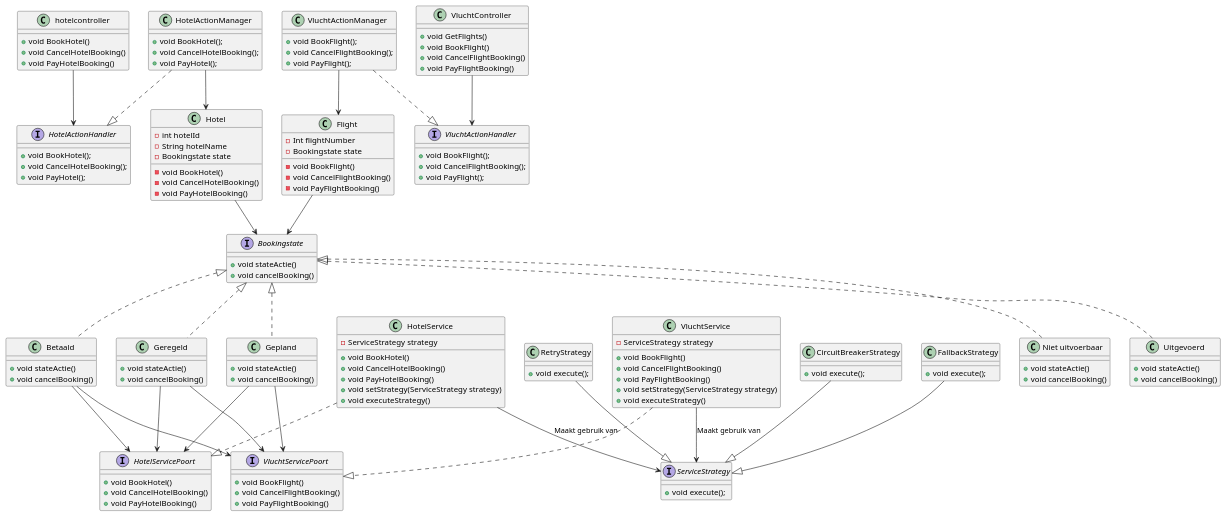
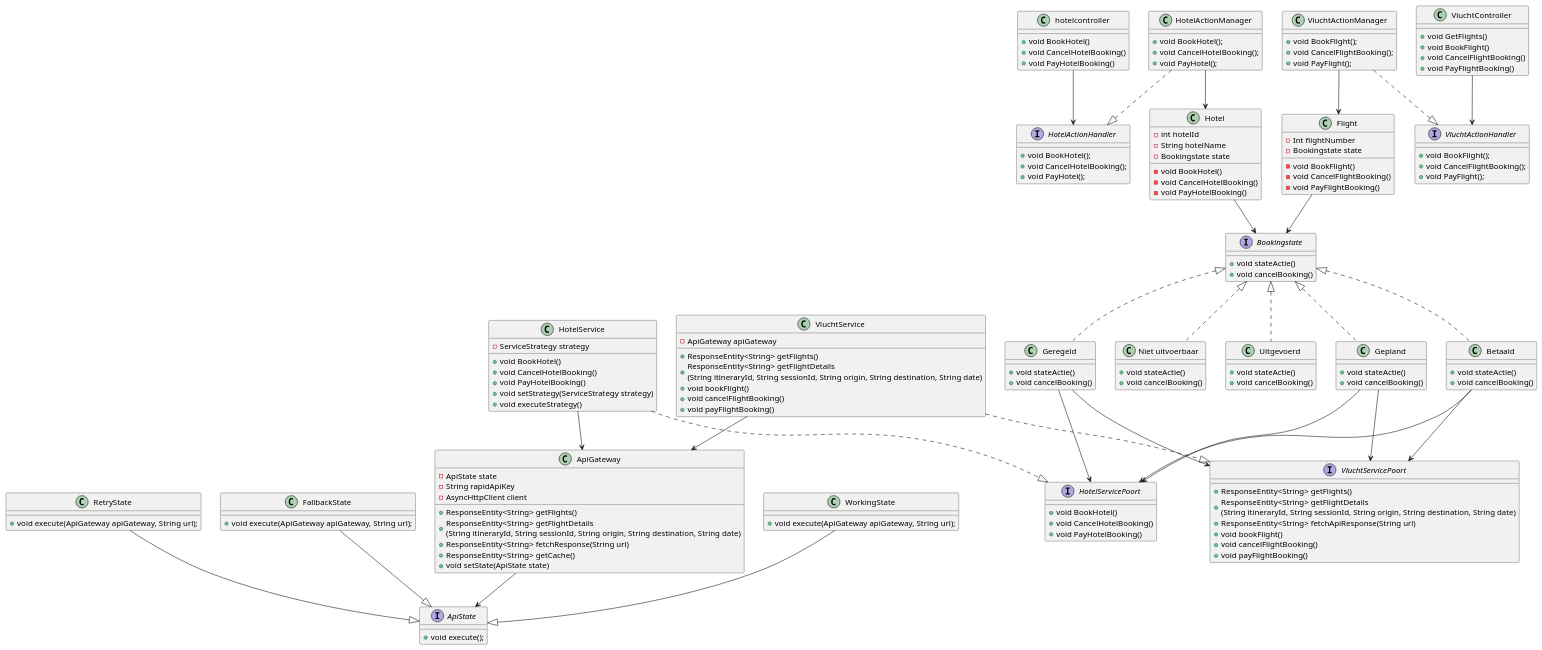
One commit to AIM-ENE-feb25/triptop-groep-b4 changed the diagram in prototypes/groepB4/src/main/java/triptop/groepB4/diagrammen/state_pattern_class_diagram.puml. Above: the diagram before and after it, drawn with PlantUML. The commit also changed 13 other files, not shown here.

```diff
--- a/prototypes/groepB4/src/main/java/triptop/groepB4/diagrammen/state_pattern_class_diagram.puml
+++ b/prototypes/groepB4/src/main/java/triptop/groepB4/diagrammen/state_pattern_class_diagram.puml
@@ -1,145 +1,158 @@
 @startuml
 
 'interfaces
 interface "HotelActionHandler"{
 + void BookHotel();
 + void CancelHotelBooking();
 + void PayHotel();
 }
 interface "VluchtActionHandler"{
 + void BookFlight();
 + void CancelFlightBooking();
 + void PayFlight();
 }
 interface "VluchtServicePoort"{
-+ void BookFlight()
-+ void CancelFlightBooking()
-+ void PayFlightBooking()
++ ResponseEntity<String> getFlights()
++ ResponseEntity<String> getFlightDetails\n(String itineraryId, String sessionId, String origin, String destination, String date)
++ ResponseEntity<String> fetchApiResponse(String url)
++ void bookFlight()
++ void cancelFlightBooking()
++ void payFlightBooking()
 }
 interface "HotelServicePoort"{
 + void BookHotel()
 + void CancelHotelBooking()
 + void PayHotelBooking()
 }
 interface "Bookingstate" {
 + void stateActie()
 + void cancelBooking()
 }
-interface ServiceStrategy {
+interface ApiState {
     + void execute();
 }
-
 'classes
 class "hotelcontroller" {
 + void BookHotel()
 + void CancelHotelBooking()
 + void PayHotelBooking()
 }
 class "HotelService"{
 - ServiceStrategy strategy
 + void BookHotel()
 + void CancelHotelBooking()
 + void PayHotelBooking()
 + void setStrategy(ServiceStrategy strategy)
 + void executeStrategy()
 }
 class "VluchtController"{
 + void GetFlights()
 + void BookFlight()
 + void CancelFlightBooking()
 + void PayFlightBooking()
 }
 class "VluchtService"{
-- ServiceStrategy strategy
-+ void BookFlight()
-+ void CancelFlightBooking()
-+ void PayFlightBooking()
-+ void setStrategy(ServiceStrategy strategy)
-+ void executeStrategy()
+- ApiGateway apiGateway
++ ResponseEntity<String> getFlights()
++ ResponseEntity<String> getFlightDetails\n(String itineraryId, String sessionId, String origin, String destination, String date)
++ void bookFlight()
++ void cancelFlightBooking()
++ void payFlightBooking()
 }
-class RetryStrategy {
-    + void execute();
+class WorkingState {
+    + void execute(ApiGateway apiGateway, String url);
+}
+class RetryState {
+    + void execute(ApiGateway apiGateway, String url);
 }
 
-class CircuitBreakerStrategy {
-    + void execute();
+class FallbackState {
+    + void execute(ApiGateway apiGateway, String url);
+}
+class ApiGateway{
+    - ApiState state
+    - String rapidApiKey
+    - AsyncHttpClient client
+    + ResponseEntity<String> getFlights()
+    + ResponseEntity<String> getFlightDetails\n(String itineraryId, String sessionId, String origin, String destination, String date)
+    + ResponseEntity<String> fetchResponse(String url)
+    + ResponseEntity<String> getCache()
+    + void setState(ApiState state)
 }
 
-class FallbackStrategy {
-    + void execute();
-}
 class "HotelActionManager"{
 + void BookHotel();
 + void CancelHotelBooking();
 + void PayHotel();
 }
 class "VluchtActionManager"{
 + void BookFlight();
 + void CancelFlightBooking();
 + void PayFlight();
 }
 class "Gepland" {
 + void stateActie()
 + void cancelBooking()
 }
 class "Geregeld" {
 + void stateActie()
 + void cancelBooking()
 }
 class "Betaald" {
 + void stateActie()
 + void cancelBooking()
 }
 class "Niet uitvoerbaar" {
 + void stateActie()
 + void cancelBooking()
 }
 class "Uitgevoerd" {
 + void stateActie()
 + void cancelBooking()
 }
 class "Hotel" {
 - int hotelId
 - String hotelName
 - Bookingstate state
 - void BookHotel()
 - void CancelHotelBooking()
 - void PayHotelBooking()
 }
 class "Flight" {
 - Int flightNumber
 - Bookingstate state
 - void BookFlight()
 - void CancelFlightBooking()
 - void PayFlightBooking()
 }
 
 'relaties
 "hotelcontroller" --> "HotelActionHandler"
 "HotelService" 	..|> "HotelServicePoort"
 "VluchtController" --> "VluchtActionHandler"
 "VluchtService" ..|> "VluchtServicePoort"
-"VluchtService" --> "ServiceStrategy" : Maakt gebruik van
-"HotelService" --> "ServiceStrategy" : Maakt gebruik van
-"RetryStrategy" --|> "ServiceStrategy"
-"CircuitBreakerStrategy" --|> "ServiceStrategy"
-"FallbackStrategy" --|> "ServiceStrategy"
+"VluchtService" --> "ApiGateway"
+"HotelService" --> "ApiGateway"
 "HotelActionManager" ..|> "HotelActionHandler"
 "VluchtActionManager" ..|> "VluchtActionHandler"
 "Gepland" --> "HotelServicePoort"
 "Gepland" --> "VluchtServicePoort"
 "Geregeld" --> "HotelServicePoort"
 "Geregeld" --> "VluchtServicePoort"
 "Betaald" --> "HotelServicePoort"
 "Betaald" --> "VluchtServicePoort"
 "Flight" --> "Bookingstate"
 "Hotel" --> "Bookingstate"
 "Bookingstate" <|.. "Gepland"
 "Bookingstate" <|.. "Geregeld"
 "Bookingstate" <|.. "Betaald"
 "Bookingstate" <|.. "Niet uitvoerbaar"
 "Bookingstate" <|.. "Uitgevoerd"
 "VluchtActionManager" --> "Flight"
 "HotelActionManager" --> "Hotel"
+"ApiGateway" --> "ApiState"
+"WorkingState" --|> "ApiState"
+"RetryState" --|> "ApiState"
+"FallbackState" --|> "ApiState"
 
 @enduml
```
